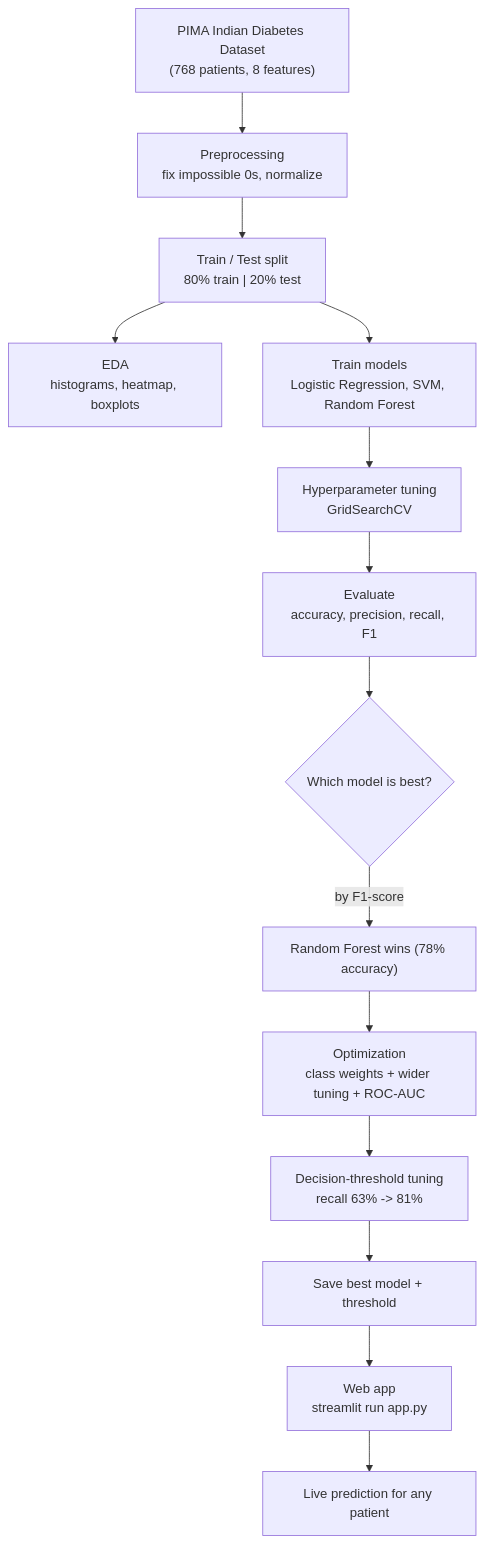
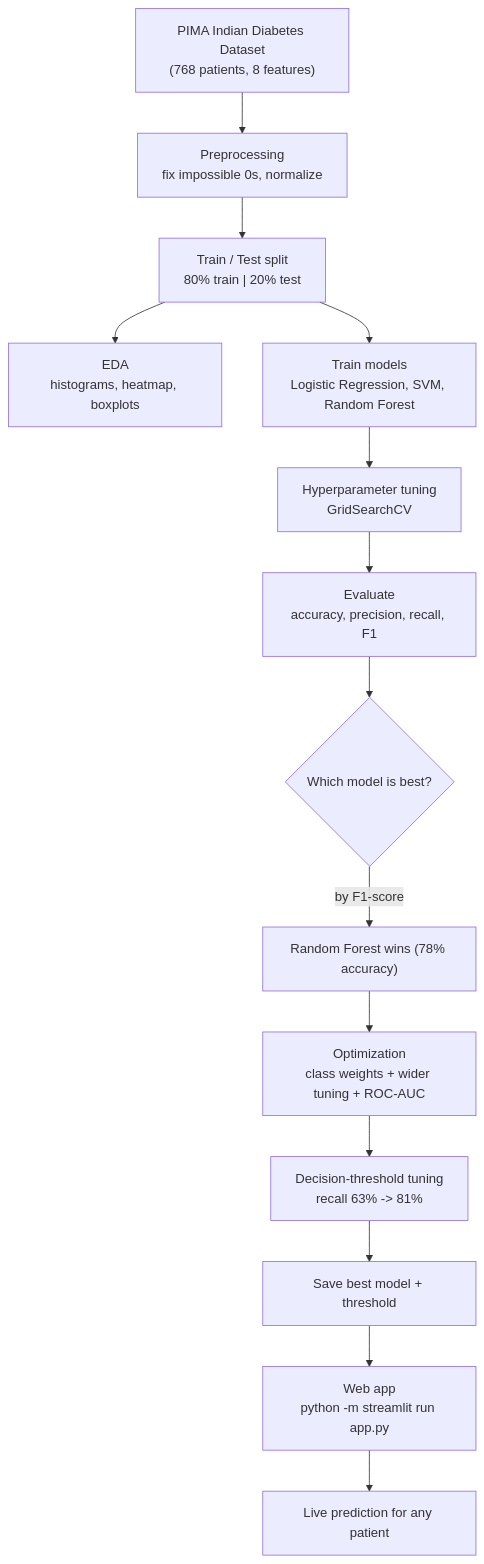
The diagram in README.md (sam-black007/diabetes-prediction), drawn with Mermaid before and after one commit. The commit also changed other lines of this file, not shown here.

Commit message:
Use python -m streamlit in README to avoid Windows PATH error

````diff
--- a/README.md
+++ b/README.md
@@ -12,16 +12,16 @@
 ```mermaid
 flowchart TD
     A["PIMA Indian Diabetes Dataset<br/>(768 patients, 8 features)"] --> B["Preprocessing<br/>fix impossible 0s, normalize"]
     B --> C["Train / Test split<br/>80% train | 20% test"]
     C --> D["EDA<br/>histograms, heatmap, boxplots"]
     C --> E["Train models<br/>Logistic Regression, SVM, Random Forest"]
     E --> F["Hyperparameter tuning<br/>GridSearchCV"]
     F --> G["Evaluate<br/>accuracy, precision, recall, F1"]
     G --> H{"Which model is best?"}
     H -->|"by F1-score"| I["Random Forest wins (78% accuracy)"]
     I --> J["Optimization<br/>class weights + wider tuning + ROC-AUC"]
     J --> K["Decision-threshold tuning<br/>recall 63% -> 81%"]
     K --> L["Save best model + threshold"]
-    L --> M["Web app<br/>streamlit run app.py"]
+    L --> M["Web app<br/>python -m streamlit run app.py"]
     M --> N["Live prediction for any patient"]
 ```
````
